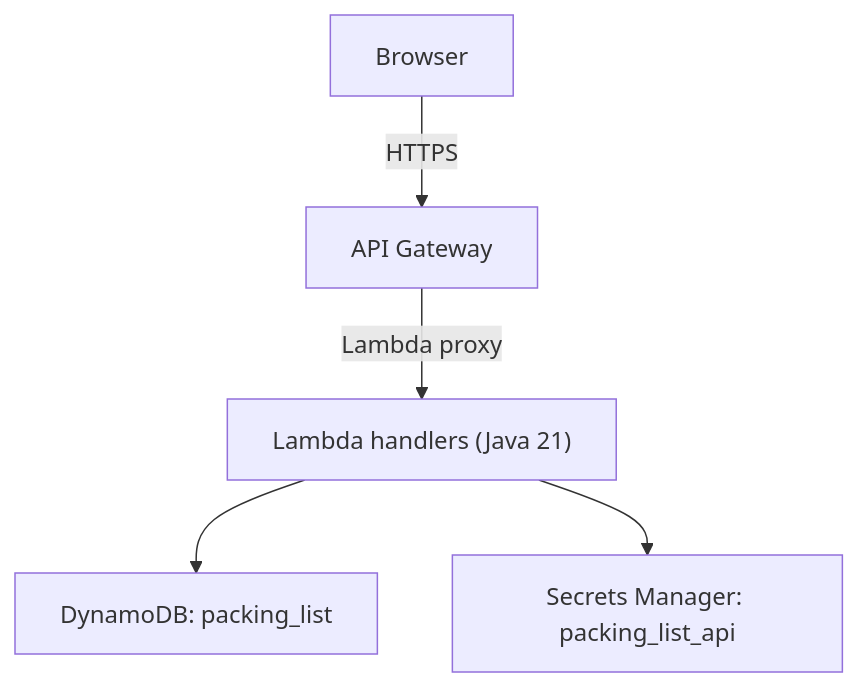
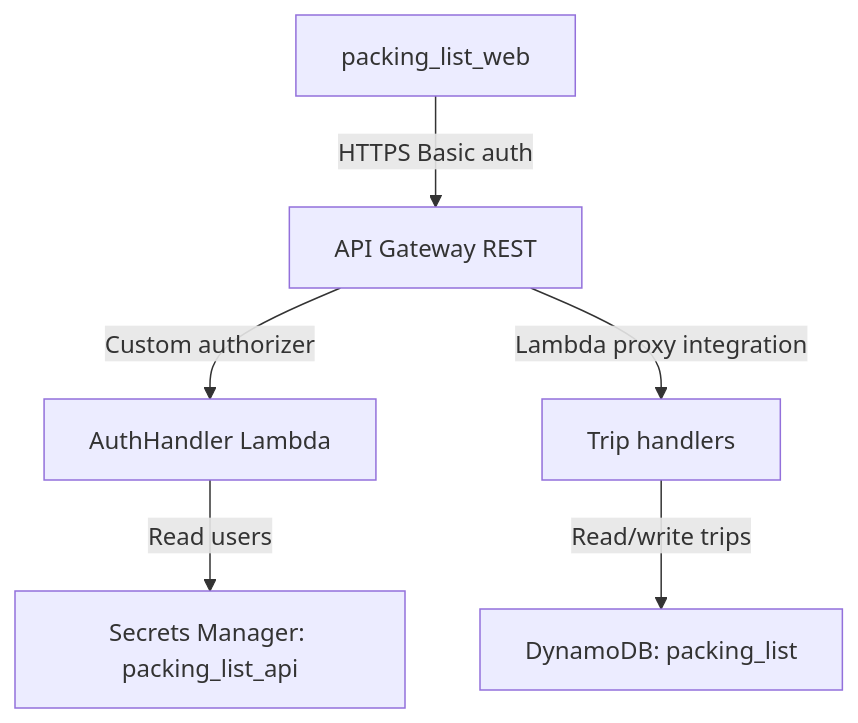
One commit to jordansimsmith/jordansimsmith-com changed the first of 2 diagrams in packing_list_api/README.md. Above: the diagram before and after it, drawn with Mermaid. The commit also changed other lines of this file and 9 other files, not shown here.

````diff
--- a/packing_list_api/README.md
+++ b/packing_list_api/README.md
@@ -9,7 +37,8 @@
 ```mermaid
 flowchart TD
-  A[Browser] -->|HTTPS| B[API Gateway]
-  B -->|Lambda proxy| C["Lambda handlers (Java 21)"]
-  C --> D["DynamoDB: packing_list"]
-  C --> E["Secrets Manager: packing_list_api"]
+  webClient["packing_list_web"] -->|"HTTPS Basic auth"| apiGateway["API Gateway REST"]
+  apiGateway -->|"Custom authorizer"| authLambda["AuthHandler Lambda"]
+  authLambda -->|"Read users"| secretsManager["Secrets Manager: packing_list_api"]
+  apiGateway -->|"Lambda proxy integration"| tripHandlers["Trip handlers"]
+  tripHandlers -->|"Read/write trips"| dynamoTable["DynamoDB: packing_list"]
 ```
````
